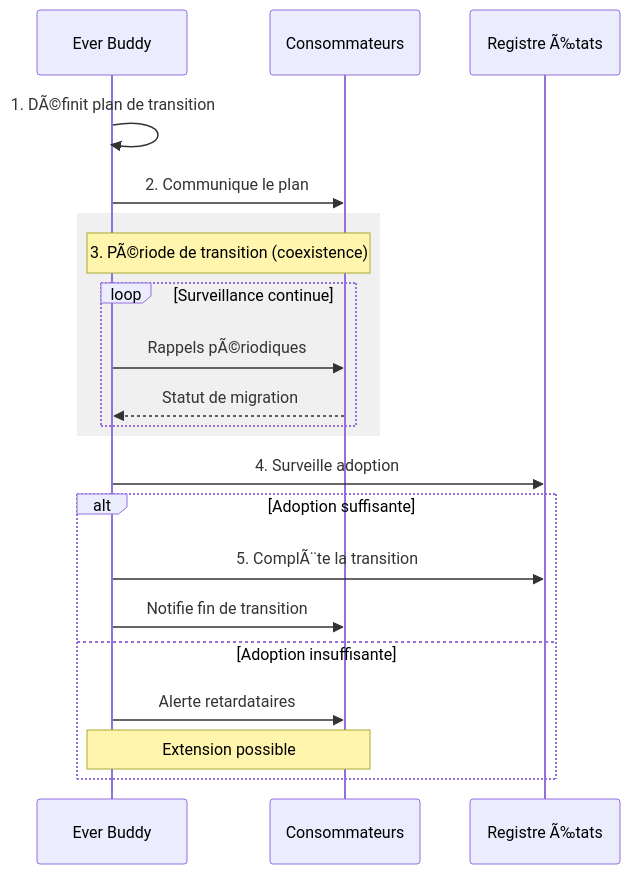
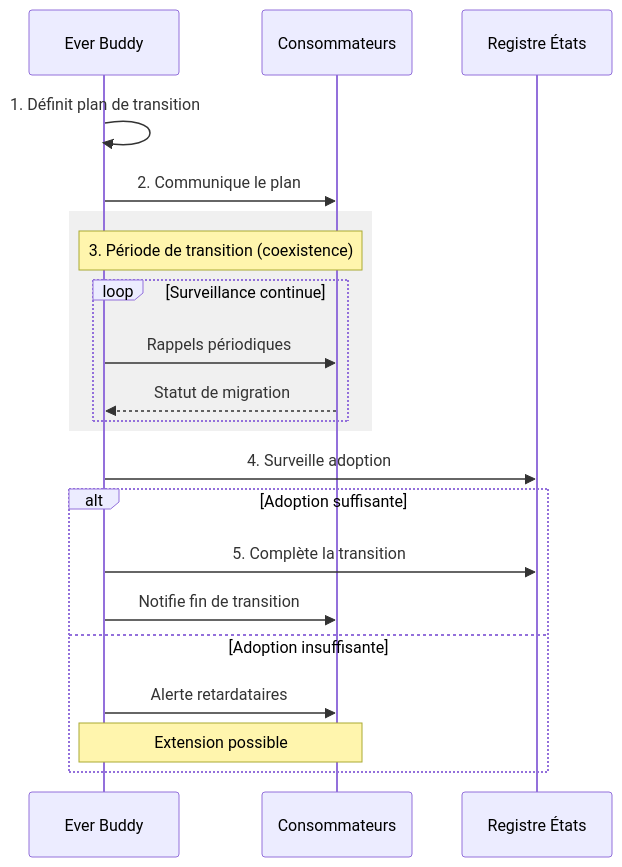
The fourth of 6 diagrams in docs/cores/EverBuddy/architecture/Ever Buddy - Evolution Flows.md (StudioMiyukini/miyukini_cog), drawn with Mermaid before and after one commit. The commit also changed other lines of this file and 564 other files, not shown here.

````diff
--- a/docs/cores/EverBuddy/architecture/Ever Buddy - Evolution Flows.md
+++ b/docs/cores/EverBuddy/architecture/Ever Buddy - Evolution Flows.md
@@ -327,27 +327,27 @@
 ```mermaid
 sequenceDiagram
     participant EB as Ever Buddy
     participant Cons as Consommateurs
-    participant Reg as Registre Ã‰tats
+    participant Reg as Registre États
 
-    EB->>EB: 1. DÃ©finit plan de transition
+    EB->>EB: 1. Définit plan de transition
     EB->>Cons: 2. Communique le plan
     
     rect rgb(240, 240, 240)
-        Note over EB,Cons: 3. PÃ©riode de transition (coexistence)
+        Note over EB,Cons: 3. Période de transition (coexistence)
         loop Surveillance continue
-            EB->>Cons: Rappels pÃ©riodiques
+            EB->>Cons: Rappels périodiques
             Cons-->>EB: Statut de migration
         end
     end
     
     EB->>Reg: 4. Surveille adoption
     
     alt Adoption suffisante
-        EB->>Reg: 5. ComplÃ¨te la transition
+        EB->>Reg: 5. Complète la transition
         EB->>Cons: Notifie fin de transition
     else Adoption insuffisante
         EB->>Cons: Alerte retardataires
         Note over EB,Cons: Extension possible
     end
 ```
````
